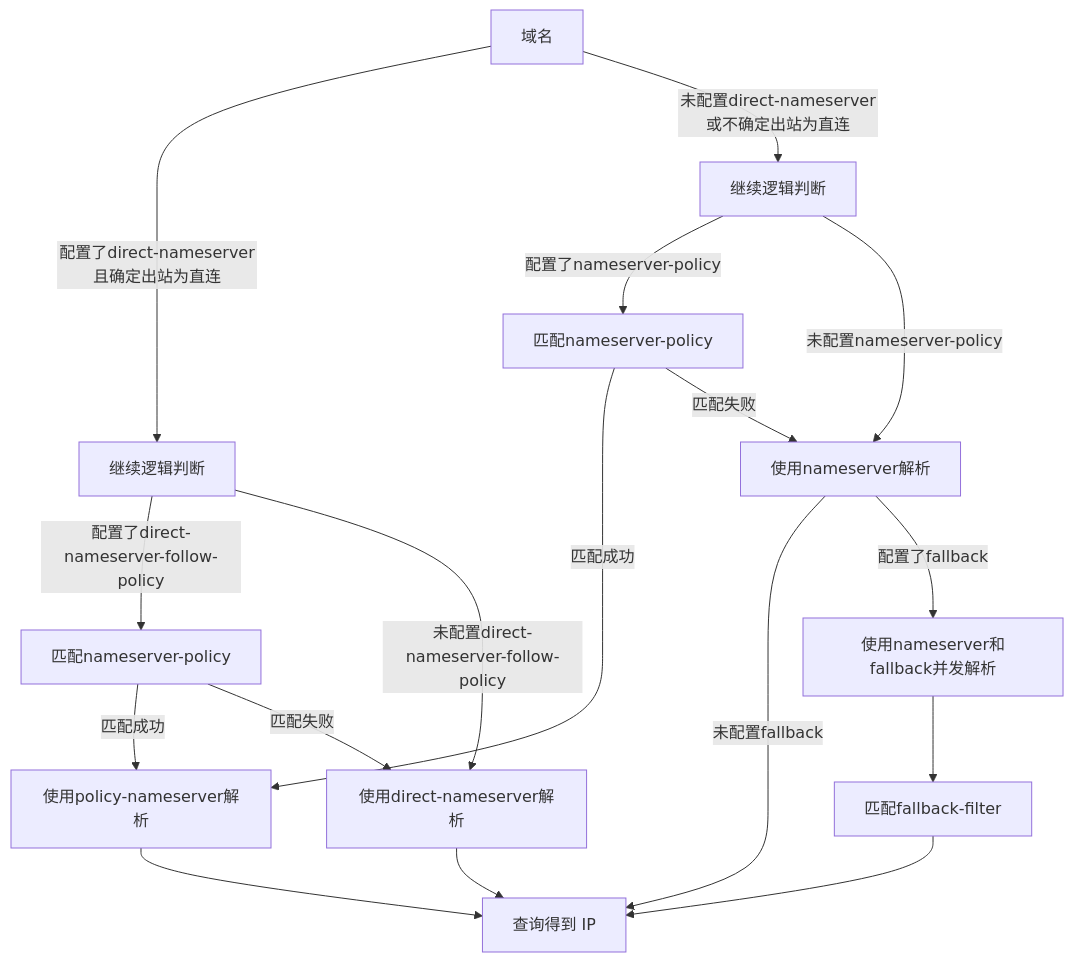
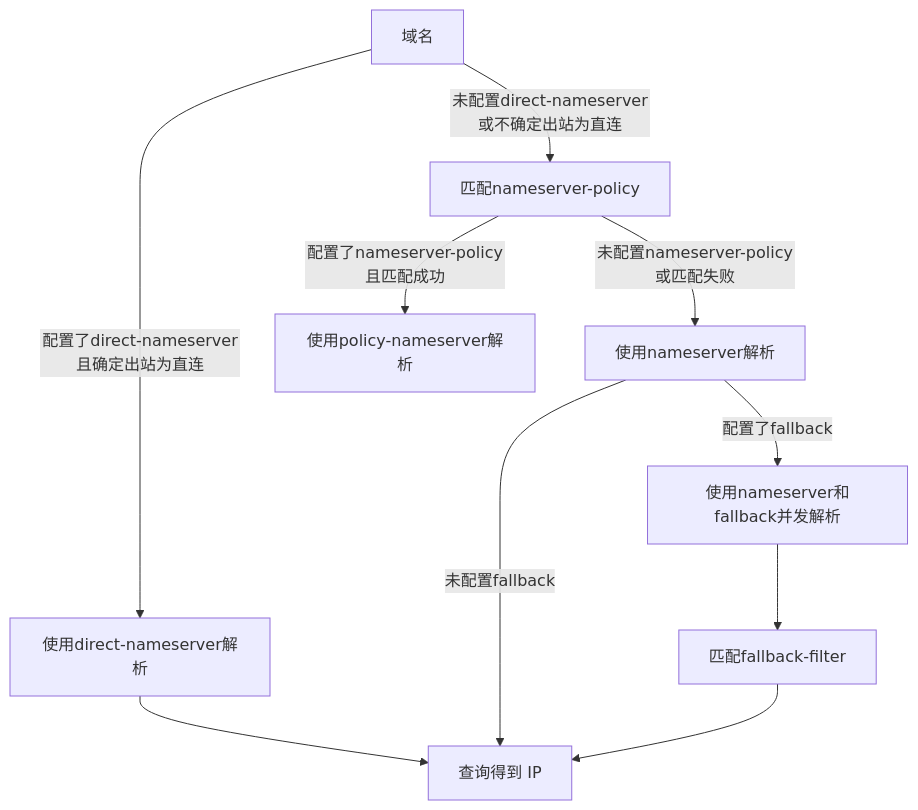
The second of 2 diagrams in mihomoDNS解析流程.md (Jishi0/sub-rule), drawn with Mermaid before and after one commit.

````diff
--- a/mihomoDNS解析流程.md
+++ b/mihomoDNS解析流程.md
@@ -28,21 +28,14 @@
 ```mermaid
 flowchart TD
-  start[域名] --> |配置了direct-nameserver且确定出站为直连|continue1[继续逻辑判断]
-  continue1 --> |配置了direct-nameserver-follow-policy|NSPolicy1[匹配nameserver-policy]
-  NSPolicy1 --> |匹配成功|Policy_Lookup[使用policy-nameserver解析]
-  Policy_Lookup --> End[查询得到 IP]
-  NSPolicy1 --> |匹配失败|Direct_Lookup
-  continue1 --> |未配置direct-nameserver-follow-policy|Direct_Lookup[使用direct-nameserver解析]
+  start[域名] --> |配置了direct-nameserver且确定出站为直连|Direct_Lookup[使用direct-nameserver解析]
   Direct_Lookup --> End[查询得到 IP]
 
-  start --> |未配置direct-nameserver或不确定出站为直连|continue2[继续逻辑判断]
-  continue2 --> |配置了nameserver-policy|NSPolicy2[匹配nameserver-policy]
-  continue2 --> |未配置nameserver-policy|Lookup
-  NSPolicy2 --> |匹配成功|Policy_Lookup
-  NSPolicy2 --> |匹配失败|Lookup[使用nameserver解析]
+  start --> |未配置direct-nameserver或不确定出站为直连|Policy[匹配nameserver-policy]
+  Policy --> |配置了nameserver-policy且匹配成功|Policy_Lookup[使用policy-nameserver解析]
+  Policy --> |未配置nameserver-policy或匹配失败|Lookup[使用nameserver解析]
   Lookup --> |未配置fallback|End
   Lookup --> |配置了fallback|FB_Lookup[使用nameserver和fallback并发解析]
   FB_Lookup --> FB_IP_Match[匹配fallback-filter]
   FB_IP_Match --> End
 
 ```
````
